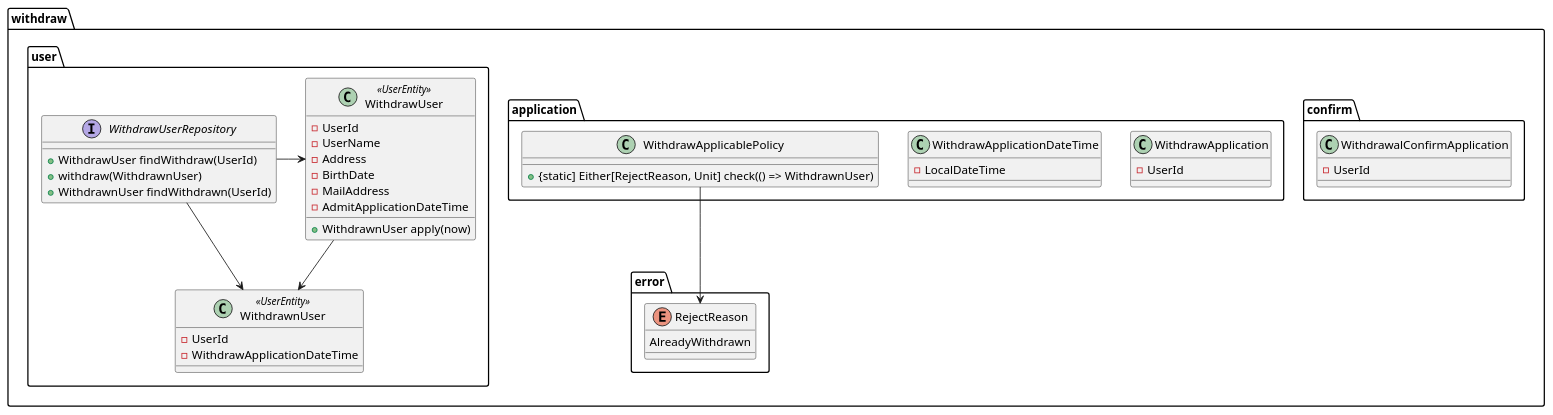
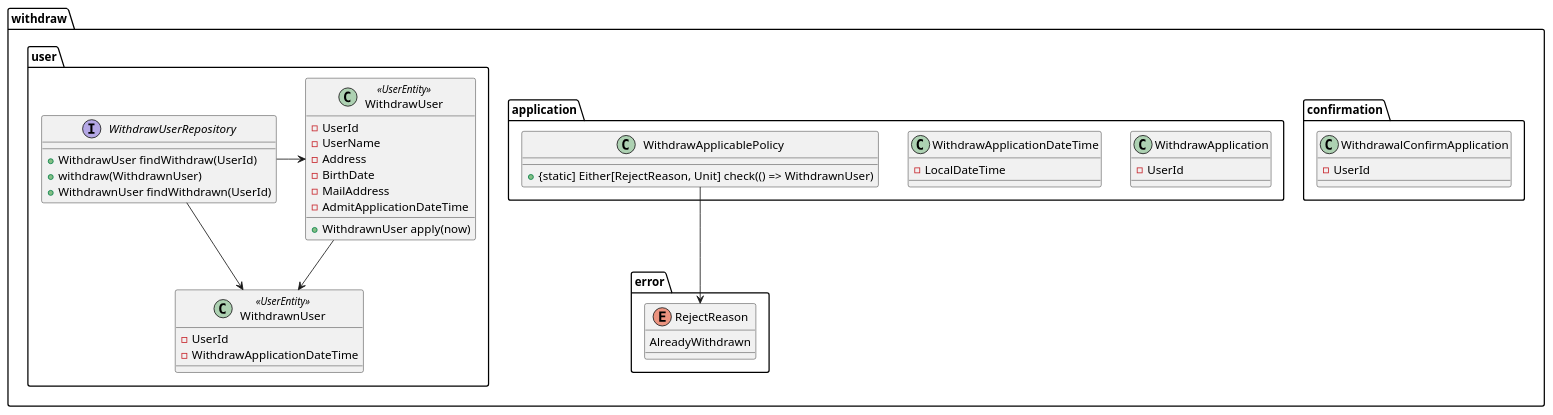
Before and after one commit to suzuki-hoge/ddd-trial: the diagram in 2017-10-scala/model/re-sign/confirm/model.puml, drawn with PlantUML. The commit also changed 2 other files, not shown here.

```diff
--- a/2017-10-scala/model/re-sign/confirm/model.puml
+++ b/2017-10-scala/model/re-sign/confirm/model.puml
@@ -1,51 +1,51 @@
 @startuml
 
 package withdraw {
-  package confirm {
+  package confirmation {
     class WithdrawalConfirmApplication {
       - UserId
     }
   }
   package application {
     class WithdrawApplication {
       - UserId
     }
     class WithdrawApplicationDateTime {
       - LocalDateTime
     }
     class WithdrawApplicablePolicy {
       + {static] Either[RejectReason, Unit] check(() => WithdrawnUser)
     }
   }
   package user {
     class WithdrawUser<<UserEntity>> {
       - UserId
       - UserName
       - Address
       - BirthDate
       - MailAddress
       - AdmitApplicationDateTime
       + WithdrawnUser apply(now)
     }
     class WithdrawnUser<<UserEntity>> {
       - UserId
       - WithdrawApplicationDateTime
     }
     interface WithdrawUserRepository {
       + WithdrawUser findWithdraw(UserId)
       + withdraw(WithdrawnUser)
       + WithdrawnUser findWithdrawn(UserId)
     }
     WithdrawUser --> WithdrawnUser
     WithdrawUserRepository --> WithdrawnUser
     WithdrawUserRepository -> WithdrawUser
   }
   package error {
     enum RejectReason {
       AlreadyWithdrawn
     }
   }
   WithdrawApplicablePolicy --> RejectReason
 }
 
 @enduml
```
